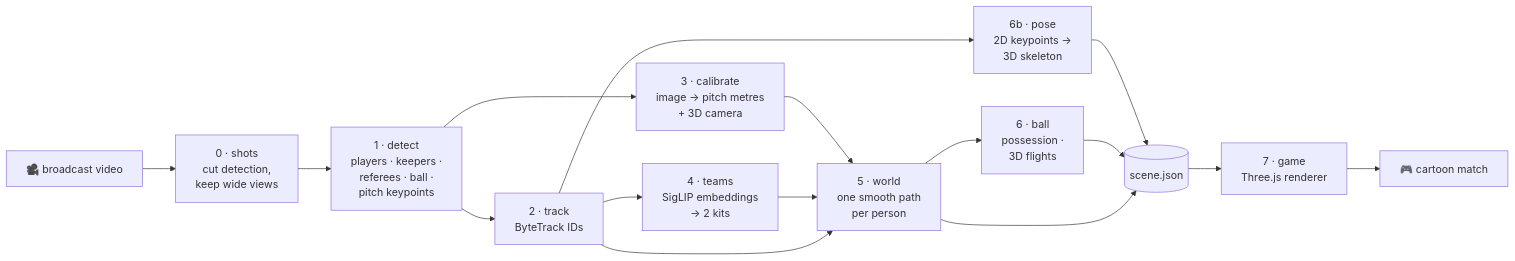
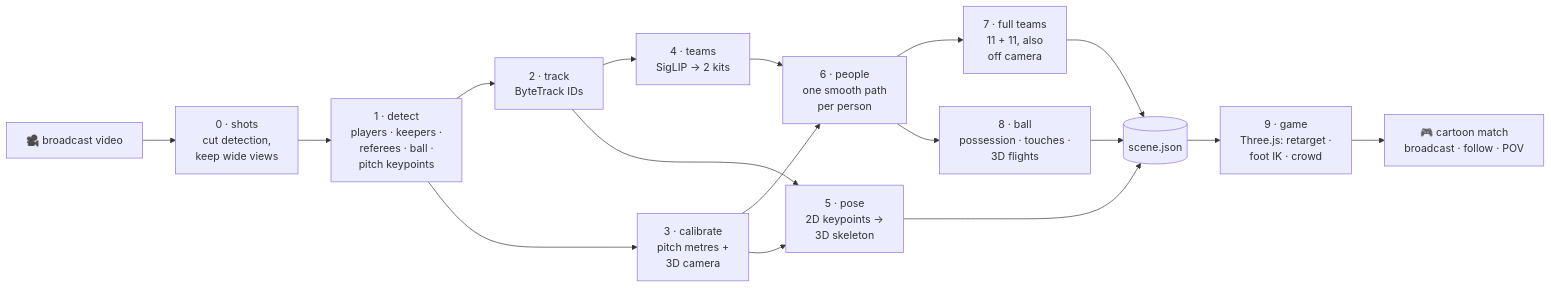
Before and after one commit to Fer14/toonball: the diagram in README.md, drawn with Mermaid. The commit also changed other lines of this file and 14 other files, not shown here.

First line of the commit message:
README: follow-a-player, POV and whole-pitch demos; pipeline and sections updated

````diff
--- a/README.md
+++ b/README.md
@@ -28,18 +53,19 @@
 ```mermaid
 flowchart LR
     V[🎥 broadcast video] --> S[0 · shots<br/>cut detection,<br/>keep wide views]
     S --> D[1 · detect<br/>players · keepers ·<br/>referees · ball ·<br/>pitch keypoints]
     D --> T[2 · track<br/>ByteTrack IDs]
-    D --> C[3 · calibrate<br/>image → pitch metres<br/>+ 3D camera]
-    T --> K[4 · teams<br/>SigLIP embeddings<br/>→ 2 kits]
-    C --> W[5 · world<br/>one smooth path<br/>per person]
+    D --> C[3 · calibrate<br/>pitch metres +<br/>3D camera]
+    T --> K[4 · teams<br/>SigLIP → 2 kits]
+    T --> PO[5 · pose<br/>2D keypoints →<br/>3D skeleton]
+    C --> W[6 · people<br/>one smooth path<br/>per person]
     K --> W
-    T --> W
-    W --> B[6 · ball<br/>possession ·<br/>3D flights]
-    T --> PO[6b · pose<br/>2D keypoints →<br/>3D skeleton]
+    W --> FT[7 · full teams<br/>11 + 11, also<br/>off camera]
+    W --> B[8 · ball<br/>possession · touches ·<br/>3D flights]
+    C --> PO
+    FT --> J[(scene.json)]
+    B --> J
     PO --> J
-    B --> J[(scene.json)]
-    W --> J
-    J --> G[7 · game<br/>Three.js renderer]
-    G --> M[🎮 cartoon match]
+    J --> G[9 · game<br/>Three.js: retarget ·<br/>foot IK · crowd]
+    G --> M[🎮 cartoon match<br/>broadcast · follow · POV]
 ```
````
